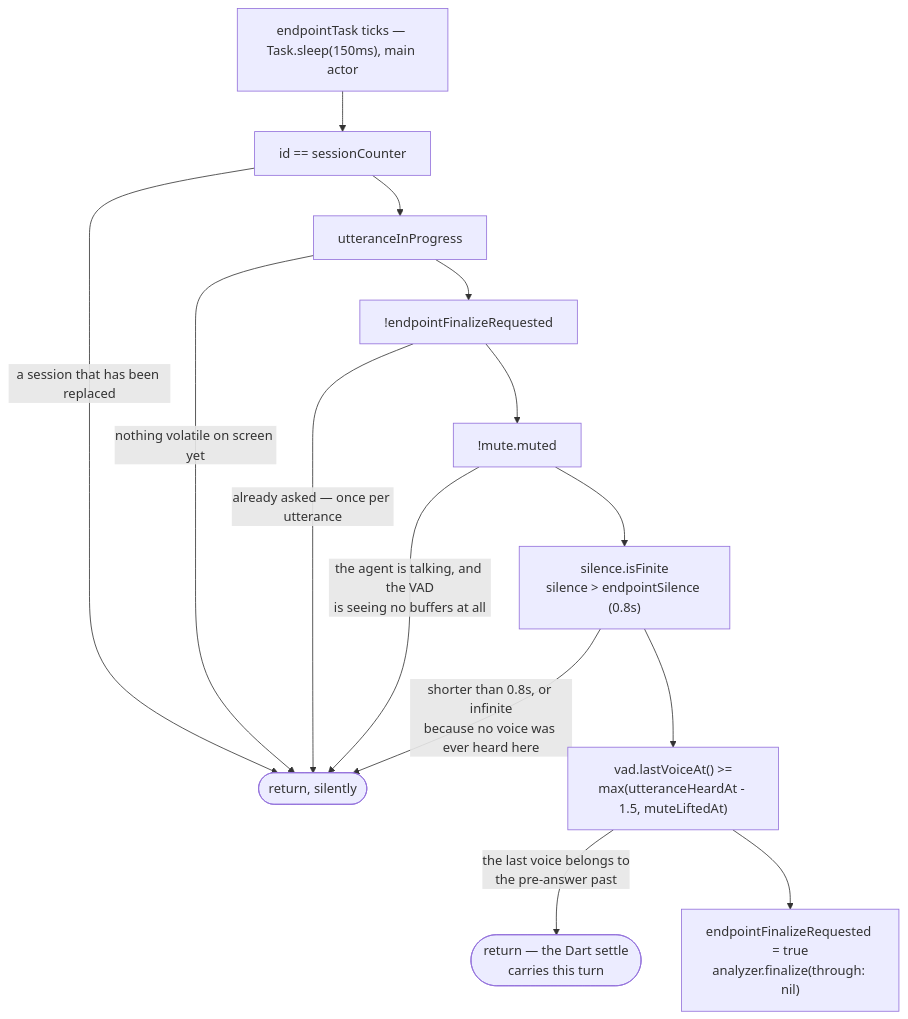
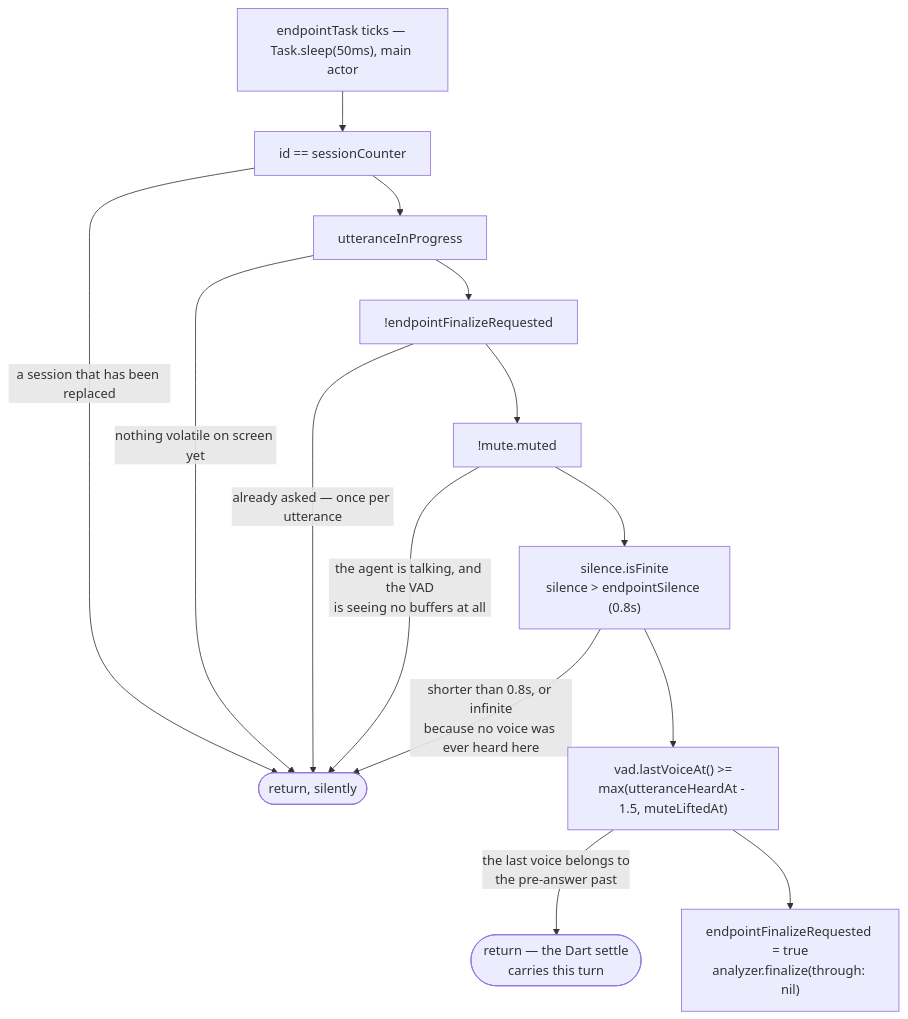
One commit to chyiiiiiiiiiiii/lulo changed the second of 3 diagrams in docs/features/voice.md. Above: the diagram before and after it, drawn with Mermaid. The commit also changed other lines of this file and 5 other files, not shown here.

````diff
--- a/docs/features/voice.md
+++ b/docs/features/voice.md
@@ -276,16 +276,16 @@
 ```mermaid
 flowchart TD
-    tick["endpointTask ticks — Task.sleep(150ms), main actor"] --> g1["id == sessionCounter"]
+    tick["endpointTask ticks — Task.sleep(50ms), main actor"] --> g1["id == sessionCounter"]
     g1 -->|"a session that has been replaced"| out(["return, silently"])
     g1 --> g2["utteranceInProgress"]
     g2 -->|"nothing volatile on screen yet"| out
     g2 --> g3["!endpointFinalizeRequested"]
     g3 -->|"already asked — once per utterance"| out
     g3 --> g4["!mute.muted"]
     g4 -->|"the agent is talking, and the VAD<br/>is seeing no buffers at all"| out
     g4 --> sil["silence.isFinite<br/>silence > endpointSilence (0.8s)"]
     sil -->|"shorter than 0.8s, or infinite<br/>because no voice was ever heard here"| out
     sil --> clocks["vad.lastVoiceAt() >=<br/>max(utteranceHeardAt - 1.5, muteLiftedAt)"]
     clocks -->|"the last voice belongs to<br/>the pre-answer past"| decline(["return — the Dart settle<br/>carries this turn"])
     clocks --> fire["endpointFinalizeRequested = true<br/>analyzer.finalize(through: nil)"]
 ```
````
